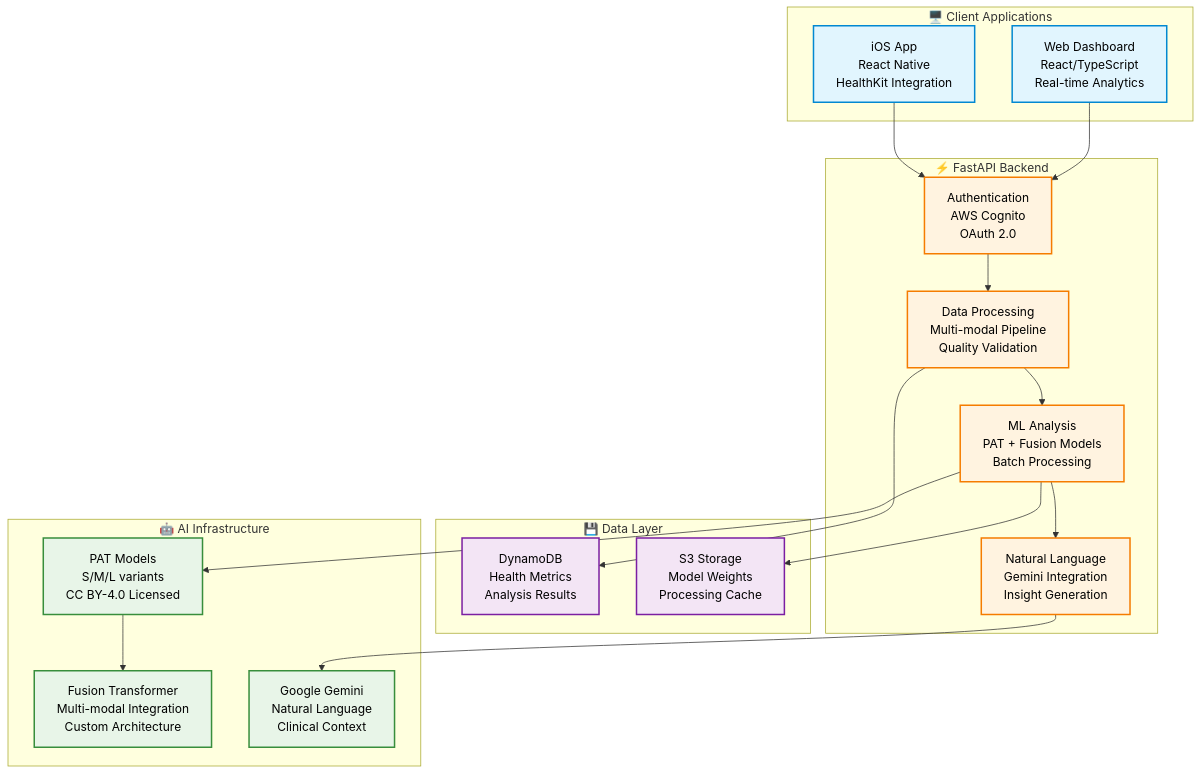
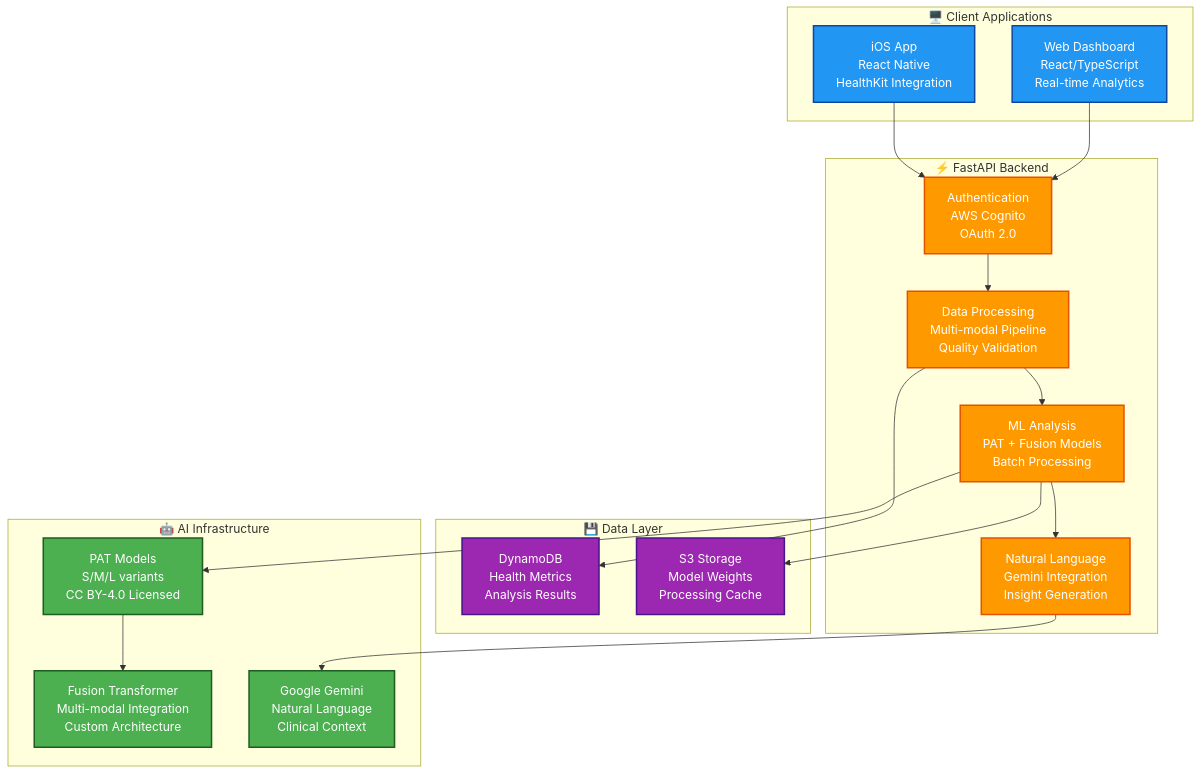
One commit to Clairty-Digital-Twin/clarity-loop-backend changed the second of 2 diagrams in README.md. Above: the diagram before and after it, drawn with Mermaid. The commit also changed other lines of this file and 1 other file, not shown here.

Commit message:
fix: Update README for improved branding and middleware configuration clarity
- Renamed CLARITY to CLARITY-AI in the README to enhance branding consistency.
- Adjusted color definitions for class diagrams to improve visual clarity and consistency.
- Refactored middleware configuration initialization in tests for better clarity and maintainability.

````diff
--- a/README.md
+++ b/README.md
@@ -82,43 +82,43 @@
 ```mermaid
 graph TB
     subgraph Frontend ["🖥️ Client Applications"]
         A[iOS App<br/>React Native<br/>HealthKit Integration]
         B[Web Dashboard<br/>React/TypeScript<br/>Real-time Analytics]
     end
     
     subgraph API ["⚡ FastAPI Backend"]
         C[Authentication<br/>AWS Cognito<br/>OAuth 2.0]
         D[Data Processing<br/>Multi-modal Pipeline<br/>Quality Validation]
         E[ML Analysis<br/>PAT + Fusion Models<br/>Batch Processing]
         F[Natural Language<br/>Gemini Integration<br/>Insight Generation]
     end
     
     subgraph Storage ["💾 Data Layer"]
         G[DynamoDB<br/>Health Metrics<br/>Analysis Results]
         H[S3 Storage<br/>Model Weights<br/>Processing Cache]
     end
     
     subgraph ML ["🤖 AI Infrastructure"]
         I[PAT Models<br/>S/M/L variants<br/>CC BY-4.0 Licensed]
         J[Fusion Transformer<br/>Multi-modal Integration<br/>Custom Architecture]
         K[Google Gemini<br/>Natural Language<br/>Clinical Context]
     end
     
     A --> C
     B --> C
     C --> D --> E --> F
     D --> G
     E --> H
     E --> I --> J
     F --> K
     
-    classDef frontend fill:#e1f5fe,stroke:#0288d1,stroke-width:2px,color:black
-    classDef api fill:#fff3e0,stroke:#f57c00,stroke-width:2px,color:black
-    classDef storage fill:#f3e5f5,stroke:#7b1fa2,stroke-width:2px,color:black
-    classDef ml fill:#e8f5e8,stroke:#388e3c,stroke-width:2px,color:black
+    classDef frontend fill:#2196f3,stroke:#0d47a1,stroke-width:2px,color:white
+    classDef api fill:#ff9900,stroke:#e65100,stroke-width:2px,color:white
+    classDef storage fill:#9c27b0,stroke:#4a148c,stroke-width:2px,color:white
+    classDef ml fill:#4caf50,stroke:#1b5e20,stroke-width:2px,color:white
     
     class A,B frontend
     class C,D,E,F api
     class G,H storage
     class I,J,K ml
 ```
````
